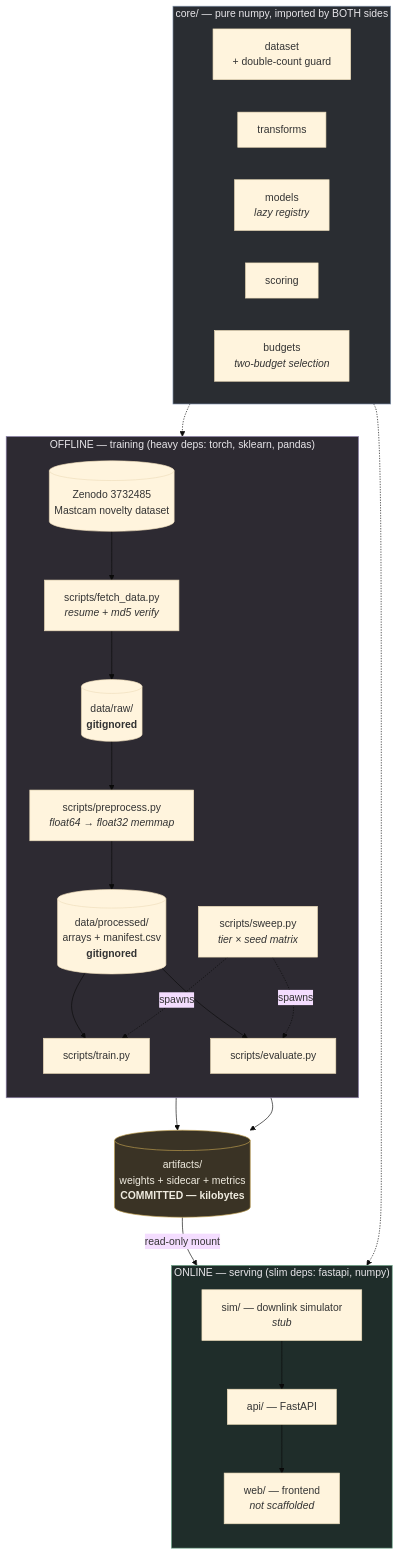
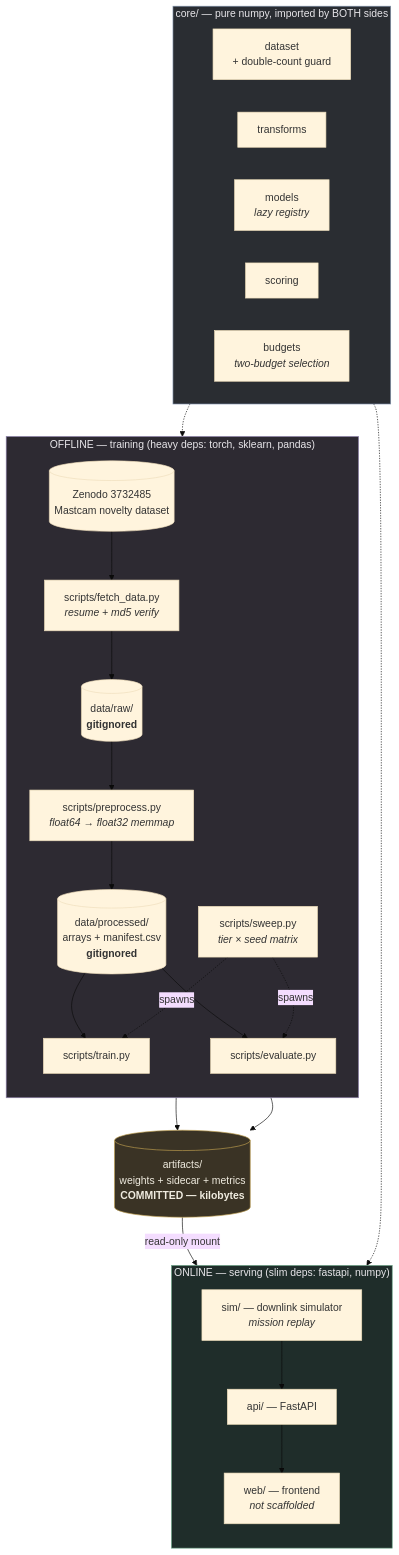
Before and after one commit to maksim-shabunov/novum: the diagram in README.md, drawn with Mermaid (base theme). The commit also changed other lines of this file and 11 other files, not shown here.

````diff
--- a/README.md
+++ b/README.md
@@ -45,50 +45,50 @@
 ```mermaid
 flowchart TB
     subgraph offline["OFFLINE — training (heavy deps: torch, sklearn, pandas)"]
         direction TB
         Z[("Zenodo 3732485<br/>Mastcam novelty dataset")]
         F["scripts/fetch_data.py<br/><i>resume + md5 verify</i>"]
         P["scripts/preprocess.py<br/><i>float64 → float32 memmap</i>"]
         RAW[("data/raw/<br/><b>gitignored</b>")]
         PROC[("data/processed/<br/>arrays + manifest.csv<br/><b>gitignored</b>")]
         T["scripts/train.py"]
         E["scripts/evaluate.py"]
         S["scripts/sweep.py<br/><i>tier × seed matrix</i>"]
 
         Z --> F --> RAW --> P --> PROC --> T
         PROC --> E
         S -.spawns.-> T
         S -.spawns.-> E
     end
 
     subgraph core["core/ — pure numpy, imported by BOTH sides"]
         direction LR
         DS["dataset<br/>+ double-count guard"]
         TR["transforms"]
         MD["models<br/><i>lazy registry</i>"]
         SC["scoring"]
         BU["budgets<br/><i>two-budget selection</i>"]
     end
 
     ART[("artifacts/<br/>weights + sidecar + metrics<br/><b>COMMITTED — kilobytes</b>")]
 
     subgraph online["ONLINE — serving (slim deps: fastapi, numpy)"]
         direction TB
         API["api/ — FastAPI"]
-        SIM["sim/ — downlink simulator<br/><i>stub</i>"]
+        SIM["sim/ — downlink simulator<br/><i>mission replay</i>"]
         WEB["web/ — frontend<br/><i>not scaffolded</i>"]
         API --> WEB
         SIM --> API
     end
 
     T --> ART
     E --> ART
     ART -->|read-only mount| API
     core -.-> offline
     core -.-> online
 
     style offline fill:#2d2a32,stroke:#8b7fa8,color:#e8e6ea
     style online fill:#1f2d2a,stroke:#6fa88b,color:#e8e6ea
     style core fill:#2a2d32,stroke:#7f8fa8,color:#e8e6ea
     style ART fill:#3a3325,stroke:#c0a050,color:#f0ece0
 ```
````
